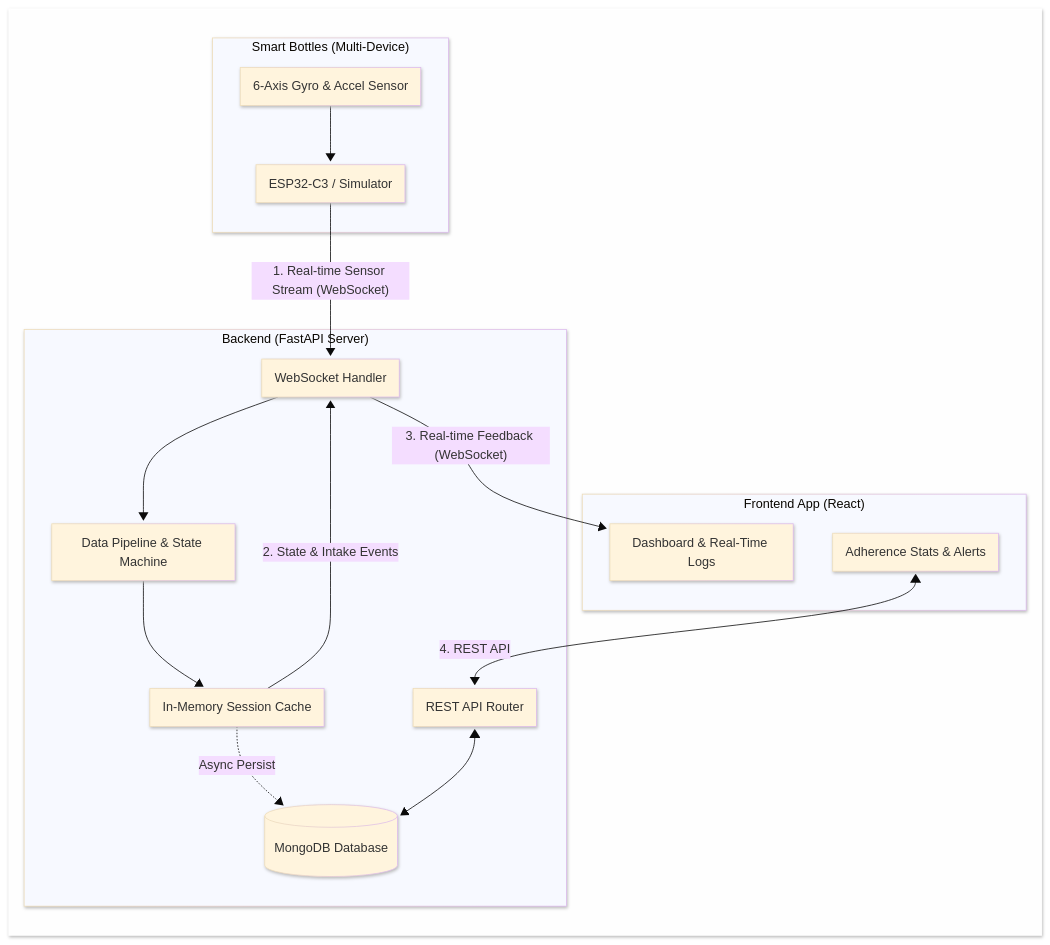
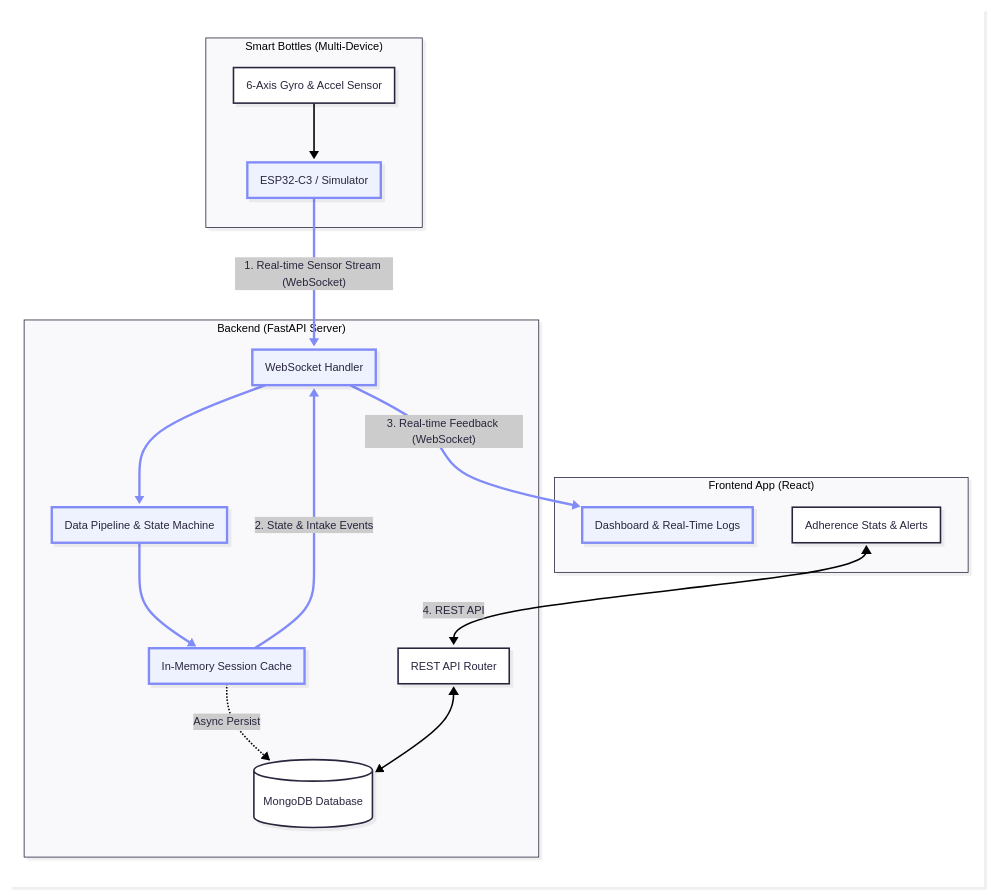
The diagram in README.md (esomin/zero-touch-pill-tracker), drawn with Mermaid before and after one commit.

Commit message:
docs:  Architecture 상세 데이터 흐름도 mermaid style 적용

````diff
--- a/README.md
+++ b/README.md
@@ -80,43 +80,46 @@
 ```mermaid
 ---
 config:
-  theme: base
+  theme: redux
   look: neo
   layout: dagre
 ---
 flowchart TD
     subgraph Canvas[" "]
         direction TD
 
         subgraph Bottles["Smart Bottles (Multi-Device)"]
             IMU["6-Axis Gyro & Accel Sensor"]
             MCU["ESP32-C3 / Simulator"]
             IMU --> MCU
         end
 
         subgraph Backend["Backend (FastAPI Server)"]
             WS["WebSocket Handler"]
             Pipeline["Data Pipeline & State Machine"]
             Cache["In-Memory Session Cache"]
             DB[("MongoDB Database")]
             REST["REST API Router"]
 
             WS --> Pipeline
             Pipeline --> Cache
             Cache -. "Async Persist" .-> DB
             REST <--> DB
         end
 
         subgraph Frontend["Frontend App (React)"]
             Dashboard["Dashboard & Real-Time Logs"]
             Adherence["Adherence Stats & Alerts"]
         end
 
         MCU -- "1. Real-time Sensor Stream (WebSocket)" --> WS
         Cache -- "2. State & Intake Events" --> WS
         WS -- "3. Real-time Feedback (WebSocket)" --> Dashboard
         Adherence <--> |"4. REST API"| REST
     end
 
     style Canvas fill:#fffffffc,stroke:none
+    classDef primary fill:#eef2ff,stroke:#818cf8,stroke-width:3px
+    class MCU,WS,Pipeline,Cache,Dashboard primary
+    linkStyle 1,2,5,6,7 stroke:#818cf8,stroke-width:3px
 ```
````
